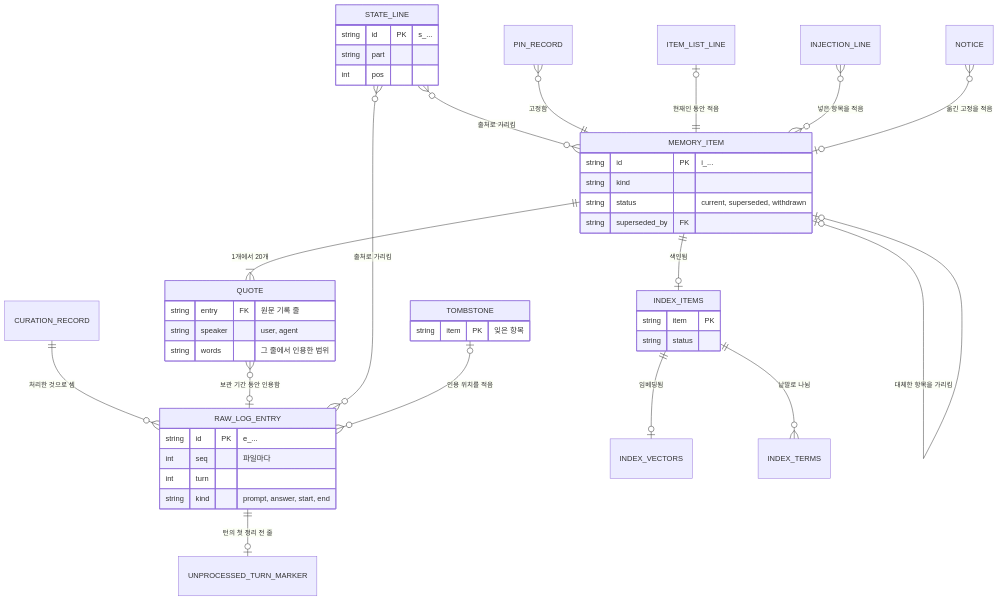
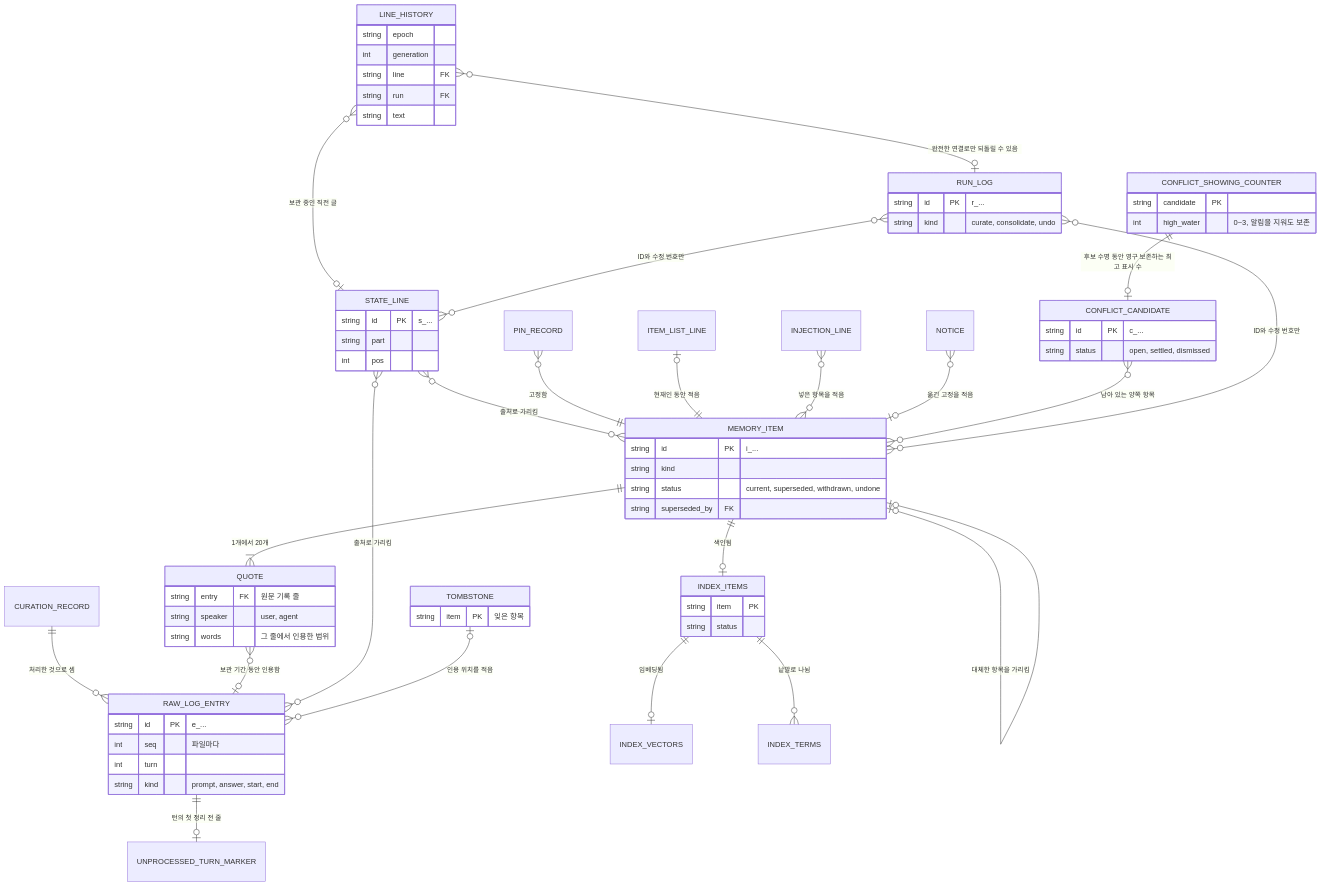
The diagram in docs/05-erd/memory.ko.md (kodonghui/corthex), drawn with Mermaid before and after one commit. The commit also changed other lines of this file and 41 other files, not shown here.

First line of the commit message:
docs(memory): specify C2 line edits, conflicts and reversible runs

````diff
--- a/docs/05-erd/memory.ko.md
+++ b/docs/05-erd/memory.ko.md
@@ -553,48 +652,73 @@
 ```mermaid
 erDiagram
   RAW_LOG_ENTRY ||--o| UNPROCESSED_TURN_MARKER : "턴의 첫 정리 전 줄"
   CURATION_RECORD ||--o{ RAW_LOG_ENTRY : "처리한 것으로 셈"
   MEMORY_ITEM ||--|{ QUOTE : "1개에서 20개"
   QUOTE }o--o| RAW_LOG_ENTRY : "보관 기간 동안 인용함"
   MEMORY_ITEM |o--o| MEMORY_ITEM : "대체한 항목을 가리킴"
   STATE_LINE }o--o{ MEMORY_ITEM : "출처로 가리킴"
   STATE_LINE }o--o{ RAW_LOG_ENTRY : "출처로 가리킴"
   PIN_RECORD }o--|| MEMORY_ITEM : "고정함"
   ITEM_LIST_LINE |o--|| MEMORY_ITEM : "현재인 동안 적음"
   TOMBSTONE |o--o{ RAW_LOG_ENTRY : "인용 위치를 적음"
   INJECTION_LINE }o--o{ MEMORY_ITEM : "넣은 항목을 적음"
   NOTICE }o--o| MEMORY_ITEM : "옮긴 고정을 적음"
+  LINE_HISTORY }o--o| STATE_LINE : "보관 중인 직전 글"
+  LINE_HISTORY }o--o| RUN_LOG : "완전한 연결로만 되돌릴 수 있음"
+  CONFLICT_CANDIDATE }o--o{ MEMORY_ITEM : "남아 있는 양쪽 항목"
+  CONFLICT_SHOWING_COUNTER ||--o| CONFLICT_CANDIDATE : "후보 수명 동안 영구 보존하는 최고 표시 수"
+  RUN_LOG }o--o{ MEMORY_ITEM : "ID와 수정 번호만"
+  RUN_LOG }o--o{ STATE_LINE : "ID와 수정 번호만"
   MEMORY_ITEM ||--o| INDEX_ITEMS : "색인됨"
   INDEX_ITEMS ||--o| INDEX_VECTORS : "임베딩됨"
   INDEX_ITEMS ||--o{ INDEX_TERMS : "낱말로 나뉨"
 
   RAW_LOG_ENTRY {
     string id PK "e_..."
     int seq "파일마다"
     int turn
     string kind "prompt, answer, start, end"
   }
   MEMORY_ITEM {
     string id PK "i_..."
     string kind
-    string status "current, superseded, withdrawn"
+    string status "current, superseded, withdrawn, undone"
     string superseded_by FK
   }
   QUOTE {
     string entry FK "원문 기록 줄"
     string speaker "user, agent"
     string words "그 줄에서 인용한 범위"
   }
   STATE_LINE {
     string id PK "s_..."
     string part
     int pos
   }
   TOMBSTONE {
     string item PK "잊은 항목"
   }
+  LINE_HISTORY {
+    string epoch
+    int generation
+    string line FK
+    string run FK
+    string text
+  }
+  CONFLICT_CANDIDATE {
+    string id PK "c_..."
+    string status "open, settled, dismissed"
+  }
+  CONFLICT_SHOWING_COUNTER {
+    string candidate PK
+    int high_water "0~3, 알림을 지워도 보존"
+  }
+  RUN_LOG {
+    string id PK "r_..."
+    string kind "curate, consolidate, undo"
+  }
   INDEX_ITEMS {
     string item PK
     string status
   }
 ```
````
